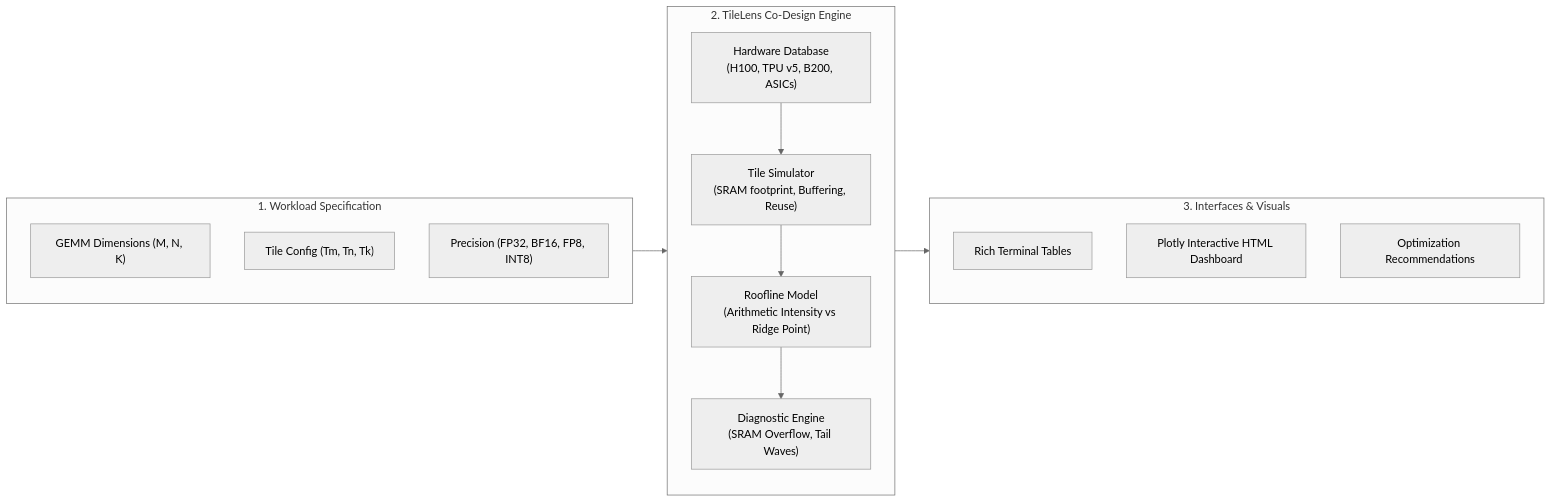
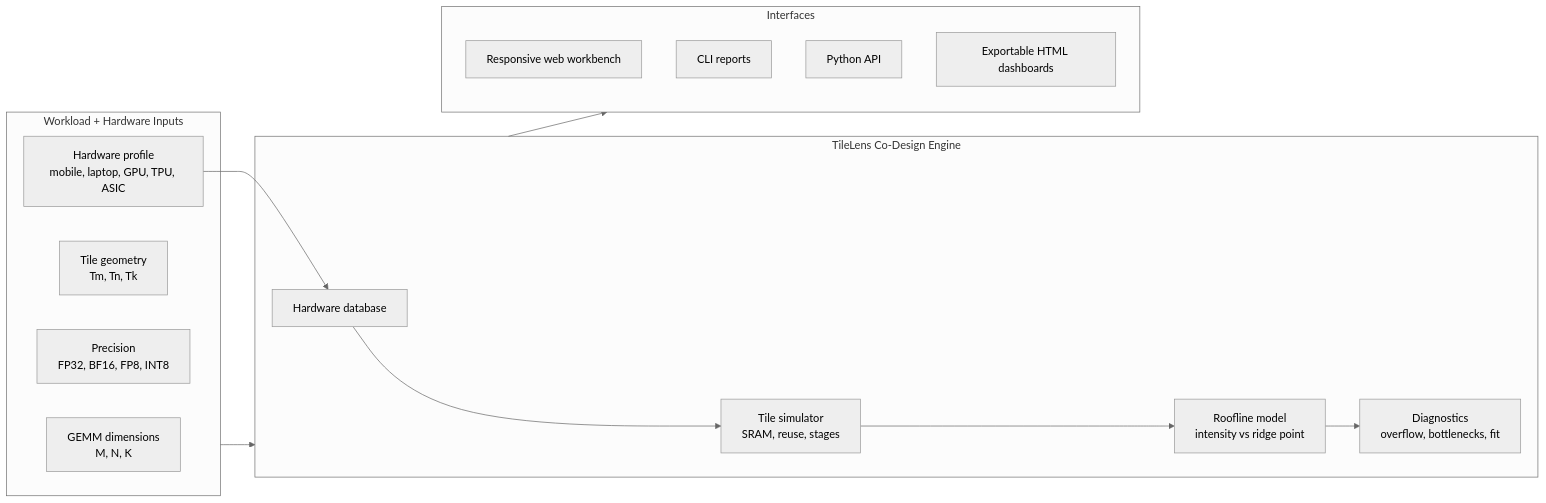
One commit to preetham-s7/TileLens changed the diagram in README.md. Above: the diagram before and after it, drawn with Mermaid (neutral theme). The commit also changed other lines of this file, not shown here.

Commit message:
docs: refresh TileLens README

````diff
--- a/README.md
+++ b/README.md
@@ -34,27 +27,27 @@
 ```mermaid
 flowchart LR
-    subgraph Inputs ["1. Workload Specification"]
-        A["GEMM Dimensions (M, N, K)"]
-        B["Tile Config (Tm, Tn, Tk)"]
-        C["Precision (FP32, BF16, FP8, INT8)"]
+    subgraph Inputs ["Workload + Hardware Inputs"]
+        A["GEMM dimensions<br/>M, N, K"]
+        B["Tile geometry<br/>Tm, Tn, Tk"]
+        C["Precision<br/>FP32, BF16, FP8, INT8"]
+        D["Hardware profile<br/>mobile, laptop, GPU, TPU, ASIC"]
     end
 
-    subgraph Core ["2. TileLens Co-Design Engine"]
-        D["Hardware Database\n(H100, TPU v5, B200, ASICs)"]
-        E["Tile Simulator\n(SRAM footprint, Buffering, Reuse)"]
-        F["Roofline Model\n(Arithmetic Intensity vs Ridge Point)"]
-        G["Diagnostic Engine\n(SRAM Overflow, Tail Waves)"]
+    subgraph Engine ["TileLens Co-Design Engine"]
+        E["Hardware database"]
+        F["Tile simulator<br/>SRAM, reuse, stages"]
+        G["Roofline model<br/>intensity vs ridge point"]
+        H["Diagnostics<br/>overflow, bottlenecks, fit"]
     end
 
-    subgraph Outputs ["3. Interfaces & Visuals"]
-        H["Rich Terminal Tables"]
-        I["Plotly Interactive HTML Dashboard"]
-        J["Optimization Recommendations"]
+    subgraph Outputs ["Interfaces"]
+        I["Responsive web workbench"]
+        J["CLI reports"]
+        K["Python API"]
+        L["Exportable HTML dashboards"]
     end
 
-    Inputs --> Core
-    D --> E
-    E --> F
-    F --> G
-    Core --> Outputs
+    Inputs --> Engine
+    D --> E --> F --> G --> H
+    Engine --> Outputs
 ```
````
